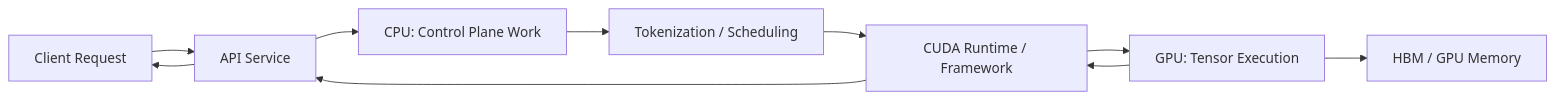
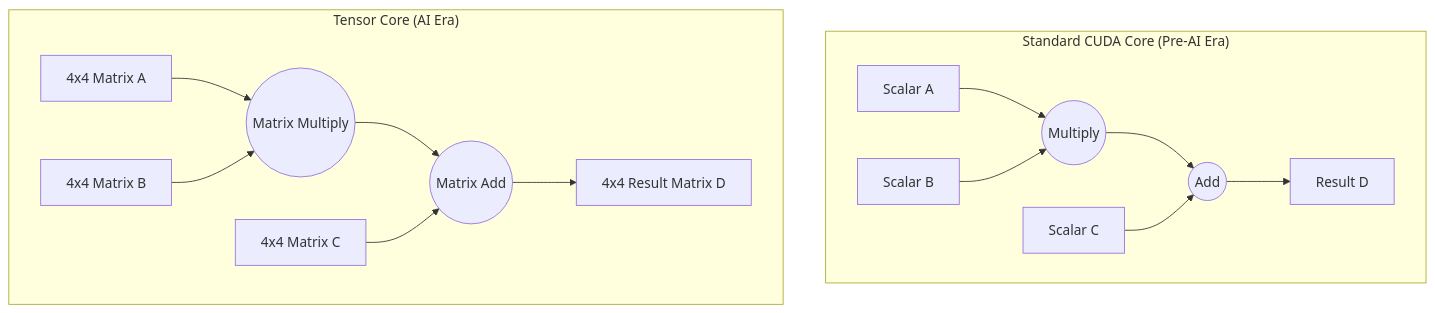
The diagram in docs/nvidia-zero-to-hero/volume-01/chapter-03-cpu-vs-gpu.md (jithinpnjm/nvidia-devops), drawn with Mermaid before and after one commit. The commit also changed other lines of this file and 4 other files, not shown here.

Commit message:
feat(docs): drastically improve Volume 1 Chapters 2-6 with Senior Architect depth, Mermaid diagrams, and real-world scenarios

````diff
--- a/docs/nvidia-zero-to-hero/volume-01/chapter-03-cpu-vs-gpu.md
+++ b/docs/nvidia-zero-to-hero/volume-01/chapter-03-cpu-vs-gpu.md
@@ -48,12 +44,18 @@
 ```mermaid
-flowchart LR
-    Client[Client Request] --> API[API Service]
-    API --> CPU[CPU: Control Plane Work]
-    CPU --> Prep[Tokenization / Scheduling]
-    Prep --> Runtime[CUDA Runtime / Framework]
-    Runtime --> GPU[GPU: Tensor Execution]
-    GPU --> Memory[HBM / GPU Memory]
-    GPU --> Runtime
-    Runtime --> API
-    API --> Client
+flowchart TD
+    subgraph "Standard CUDA Core (Pre-AI Era)"
+        C_IN1[Scalar A] --> CMUL((Multiply))
+        C_IN2[Scalar B] --> CMUL
+        CMUL --> CADD((Add))
+        C_IN3[Scalar C] --> CADD
+        CADD --> COUT[Result D]
+    end
+    
+    subgraph "Tensor Core (AI Era)"
+        T_IN1[4x4 Matrix A] --> TMUL((Matrix Multiply))
+        T_IN2[4x4 Matrix B] --> TMUL
+        TMUL --> TADD((Matrix Add))
+        T_IN3[4x4 Matrix C] --> TADD
+        TADD --> TOUT[4x4 Result Matrix D]
+    end
 ```
````
